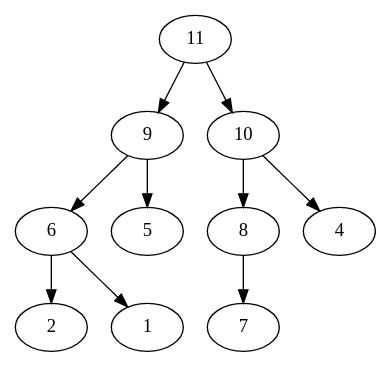
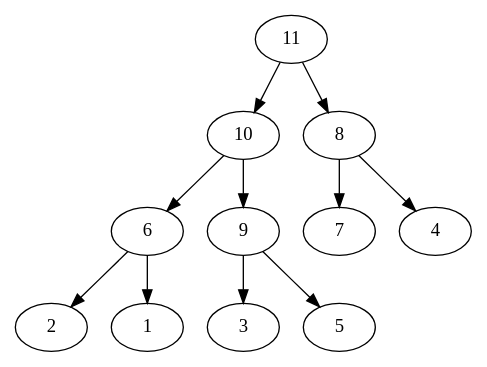
The diagram in csgdsa/misc/ex-16-1.dot (patrickbucher/learning-rust), drawn with Graphviz before and after one commit. The commit also changed 3 other files, not shown here.

Commit message:
fixed graphs

```diff
--- a/csgdsa/misc/ex-16-1.dot
+++ b/csgdsa/misc/ex-16-1.dot
@@ -1,11 +1,12 @@
 digraph Heap {
-    11 -> 9;
     11 -> 10;
-    9 -> 6;
-    9 -> 5;
-    10 -> 8;
-    10 -> 4;
+    11 -> 8;
+    10 -> 6;
+    10 -> 9;
+    8 -> 7;
+    8 -> 4;
     6 -> 2;
     6 -> 1;
-    8 -> 7;
+    9 -> 3;
+    9 -> 5;
 }
```
